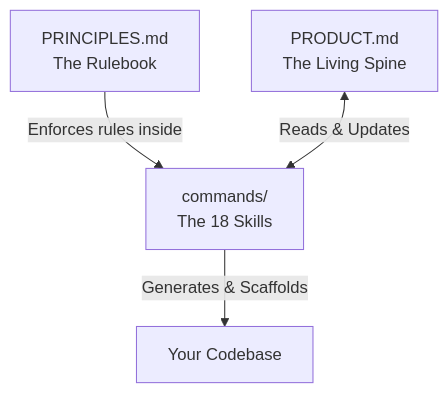
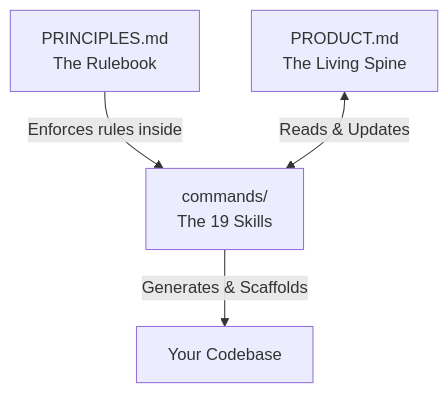
One commit to kish21/product-playbook changed the first of 2 diagrams in README.md. Above: the diagram before and after it, drawn with Mermaid. The commit also changed other lines of this file and 8 other files, not shown here.

````diff
--- a/README.md
+++ b/README.md
@@ -40,6 +40,6 @@
 ```mermaid
 graph TD
-    A["PRINCIPLES.md<br/>The Rulebook"] -->|Enforces rules inside| C["commands/<br/>The 18 Skills"]
+    A["PRINCIPLES.md<br/>The Rulebook"] -->|Enforces rules inside| C["commands/<br/>The 19 Skills"]
     B["PRODUCT.md<br/>The Living Spine"] <-->|Reads & Updates| C
     C -->|Generates & Scaffolds| D["Your Codebase"]
 ```
````
